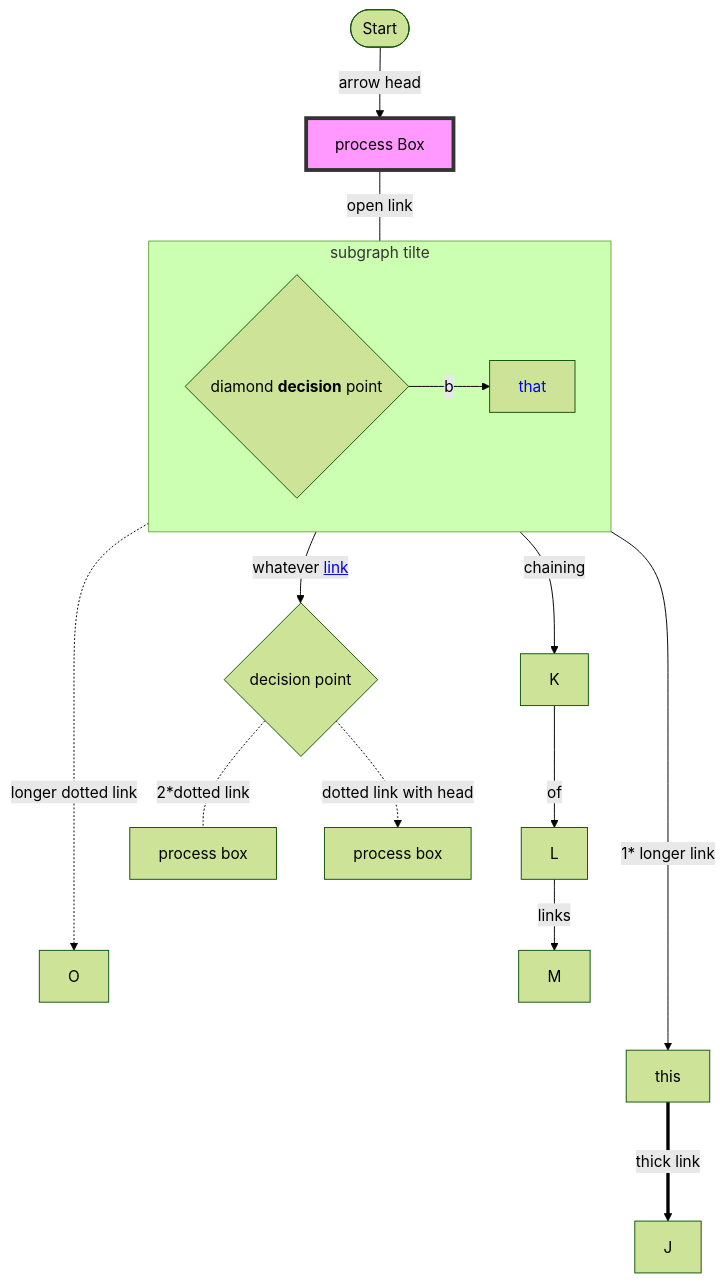
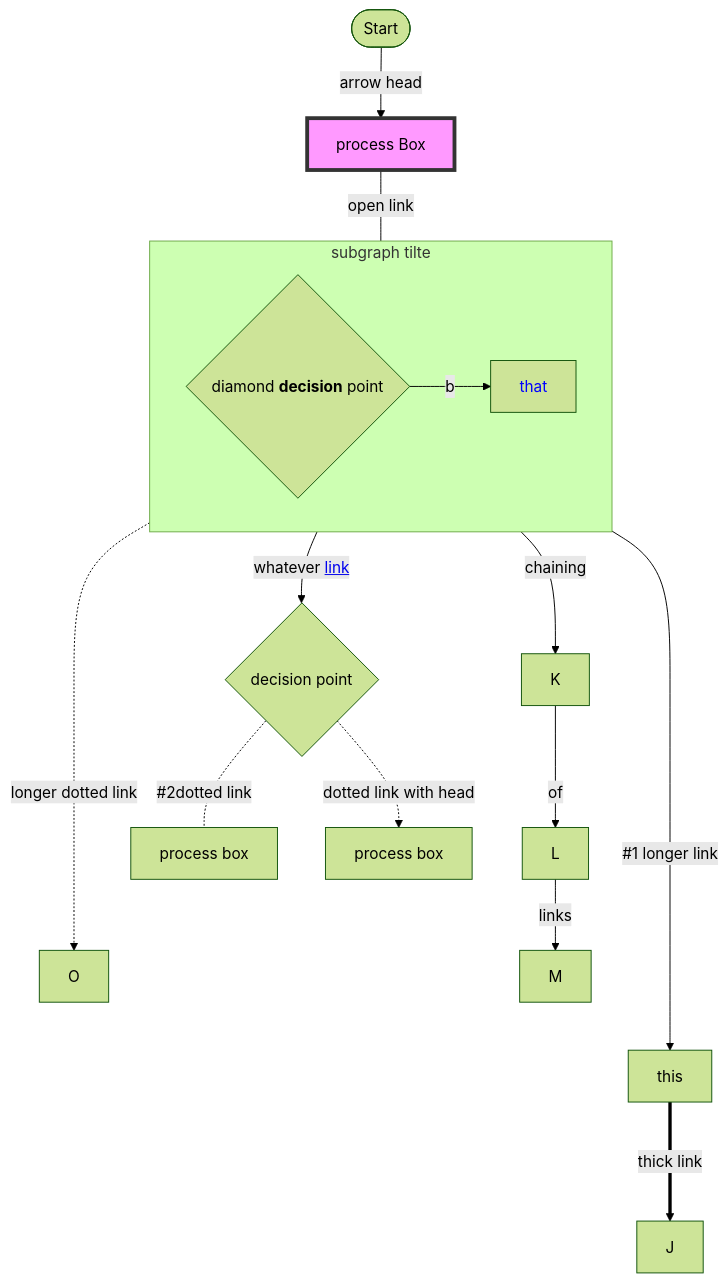
Before and after one commit to sd-godaddy/sandbox: the fourth of 4 diagrams in flowcharts/README-template.md, drawn with Mermaid. The commit also changed other lines of this file and 1 other file, not shown here.

````diff
--- a/flowcharts/README-template.md
+++ b/flowcharts/README-template.md
@@ -41,23 +47,23 @@
 ```mermaid
 %%{init: { 'logLevel': 'debug', 'theme': 'forest' } }%%
 graph TD
     A([Start]) -->|arrow head| B[process Box]
     B ---|open link| C{diamond <b>decision</b> point}
-    C ----->|1* longer link| D[this]
+    C ----->|#1 longer link| D[this]
     C -...->|longer dotted link| O
     subgraph subgraph tilte
         direction LR
         C -->|b| E[that]:::link
     end
     C -- chaining --> K -- of --> L -- links --> M
     C -->|whatever <a href='http://google.com'>link</a>| H{decision point}
-    H -.-|2*dotted link| G[process box]    
+    H -.-|#2dotted link| G[process box]    
     H -.->|dotted link with head| I[process box]
     D ===>|thick link| J
     %% line comment
     click B href "http://www.nooooooooooooooo.com/"
     style B fill:#f9f,stroke:#333,stroke-width:4px
         %% from: https://mermaid-js.github.io/mermaid/#/flowchart?id=styling-a-node
     classDef link color:#00f;
         %% from: https://mermaid-js.github.io/mermaid/#/flowchart?id=css-classes
 ```
````
